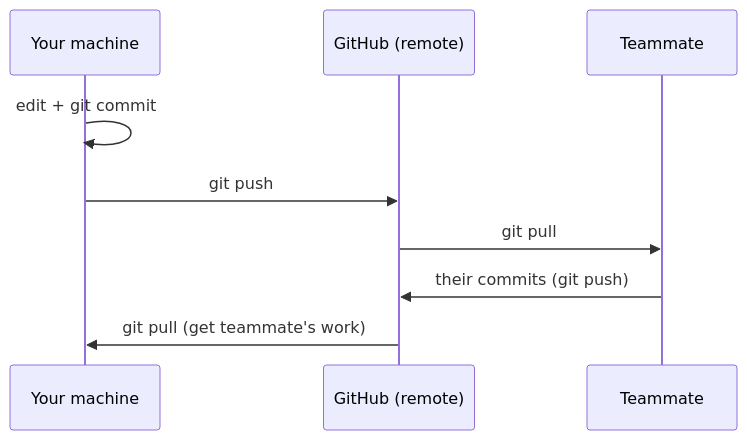
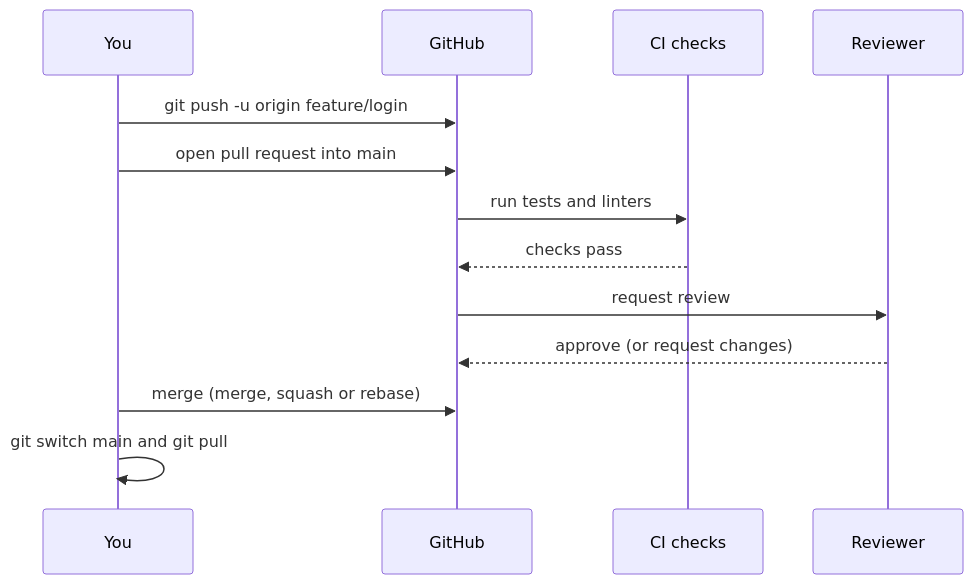
The fifth of 5 diagrams in github-pages/docs/technology/git-crash-course.md (AndrewAltimit/Documentation), drawn with Mermaid before and after one commit. The commit also changed other lines of this file and 240 other files, not shown here.

````diff
--- a/github-pages/docs/technology/git-crash-course.md
+++ b/github-pages/docs/technology/git-crash-course.md
@@ -140,11 +225,15 @@
 ```mermaid
 sequenceDiagram
-    participant You as Your machine
-    participant GH as GitHub (remote)
-    participant Team as Teammate
-    You->>You: edit + git commit
-    You->>GH: git push
-    GH->>Team: git pull
-    Team->>GH: their commits (git push)
-    GH->>You: git pull (get teammate's work)
+    participant Dev as You
+    participant Host as GitHub
+    participant CI as CI checks
+    participant Rev as Reviewer
+    Dev->>Host: git push -u origin feature/login
+    Dev->>Host: open pull request into main
+    Host->>CI: run tests and linters
+    CI-->>Host: checks pass
+    Host->>Rev: request review
+    Rev-->>Host: approve (or request changes)
+    Dev->>Host: merge (merge, squash or rebase)
+    Dev->>Dev: git switch main and git pull
 ```
````
